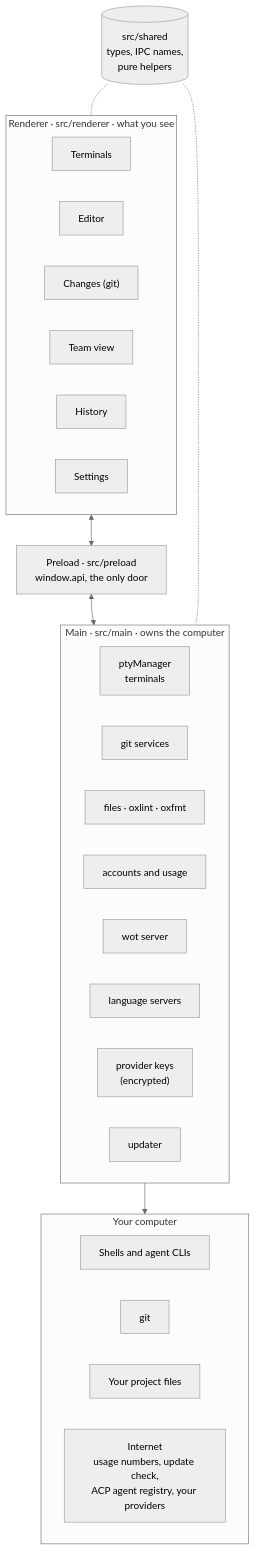
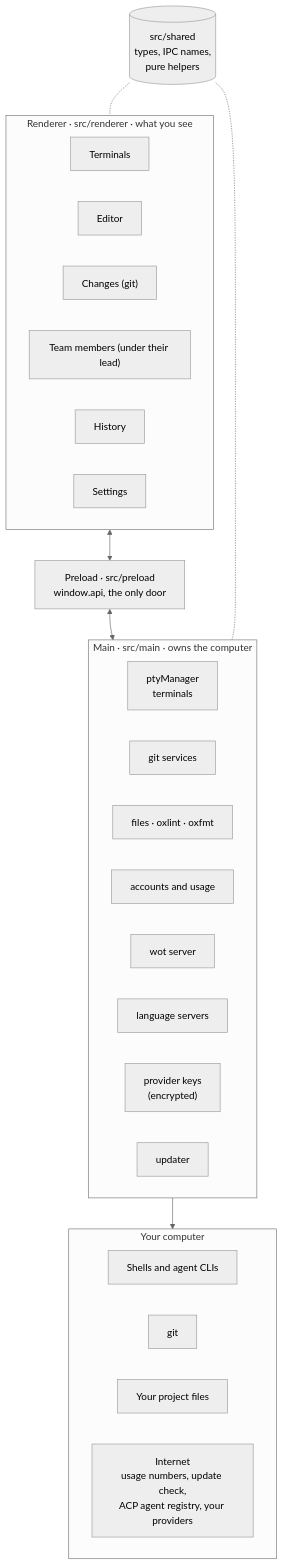
The first of 9 diagrams in docs/ARCHITECTURE.md (Lio3307/O-Bros), drawn with Mermaid (neutral theme) before and after one commit. The commit also changed other lines of this file and 38 other files, not shown here.

Commit message:
Nest team members under their lead, run member agents directly, and fix wot spawn, send and environment bugs

````diff
--- a/docs/ARCHITECTURE.md
+++ b/docs/ARCHITECTURE.md
@@ -7,41 +7,41 @@
 ```mermaid
 flowchart TB
     subgraph R["Renderer · src/renderer · what you see"]
         direction LR
         RT["Terminals"]
         RE["Editor"]
         RC["Changes (git)"]
-        RTeam["Team view"]
+        RTeam["Team members (under their lead)"]
         RH["History"]
         RS["Settings"]
     end
 
     P["Preload · src/preload<br/>window.api, the only door"]
 
     subgraph M["Main · src/main · owns the computer"]
         direction LR
         MP["ptyManager<br/>terminals"]
         MG["git services"]
         MF["files · oxlint · oxfmt"]
         MA["accounts and usage"]
         MW["wot server"]
         ML["language servers"]
         MK["provider keys<br/>(encrypted)"]
         MU["updater"]
     end
 
     subgraph OS["Your computer"]
         direction LR
         A["Shells and agent CLIs"]
         G["git"]
         F["Your project files"]
         N["Internet<br/>usage numbers, update check,<br/>ACP agent registry, your providers"]
     end
 
     S[("src/shared<br/>types, IPC names,<br/>pure helpers")]
 
     R <--> P <--> M
     M --> OS
     S -.- R
     S -.- M
 ```
````
